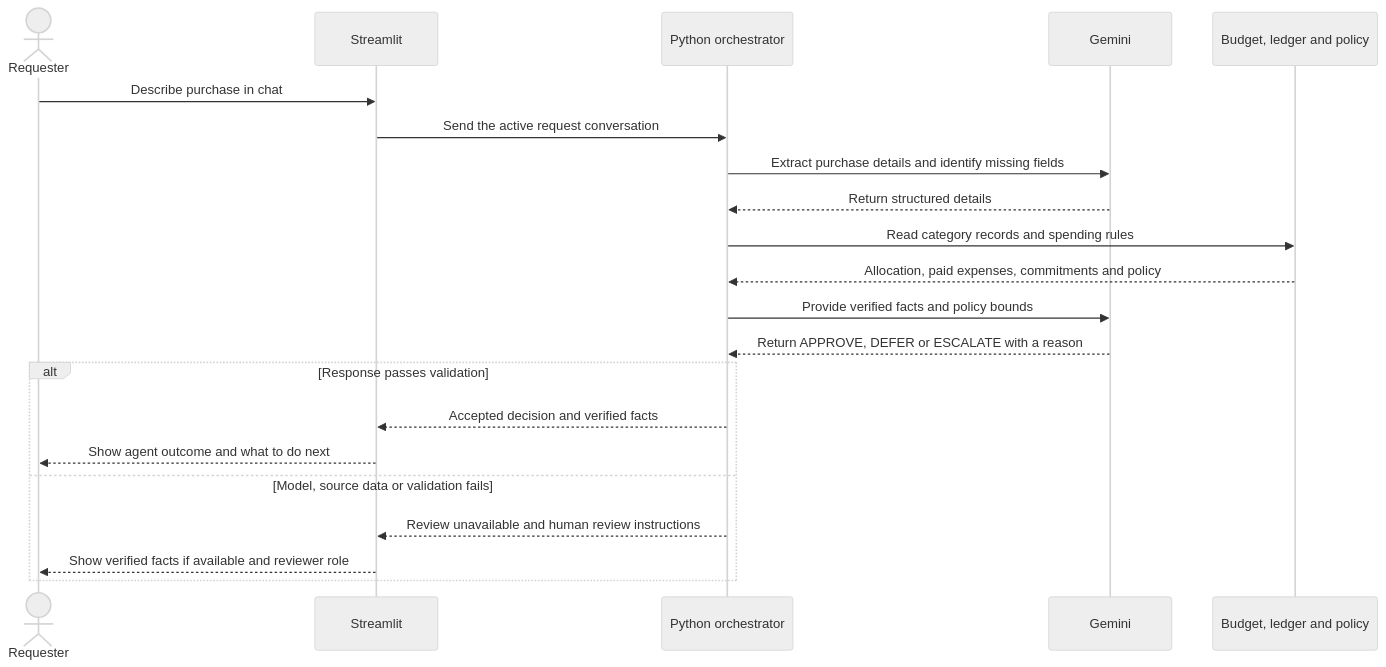
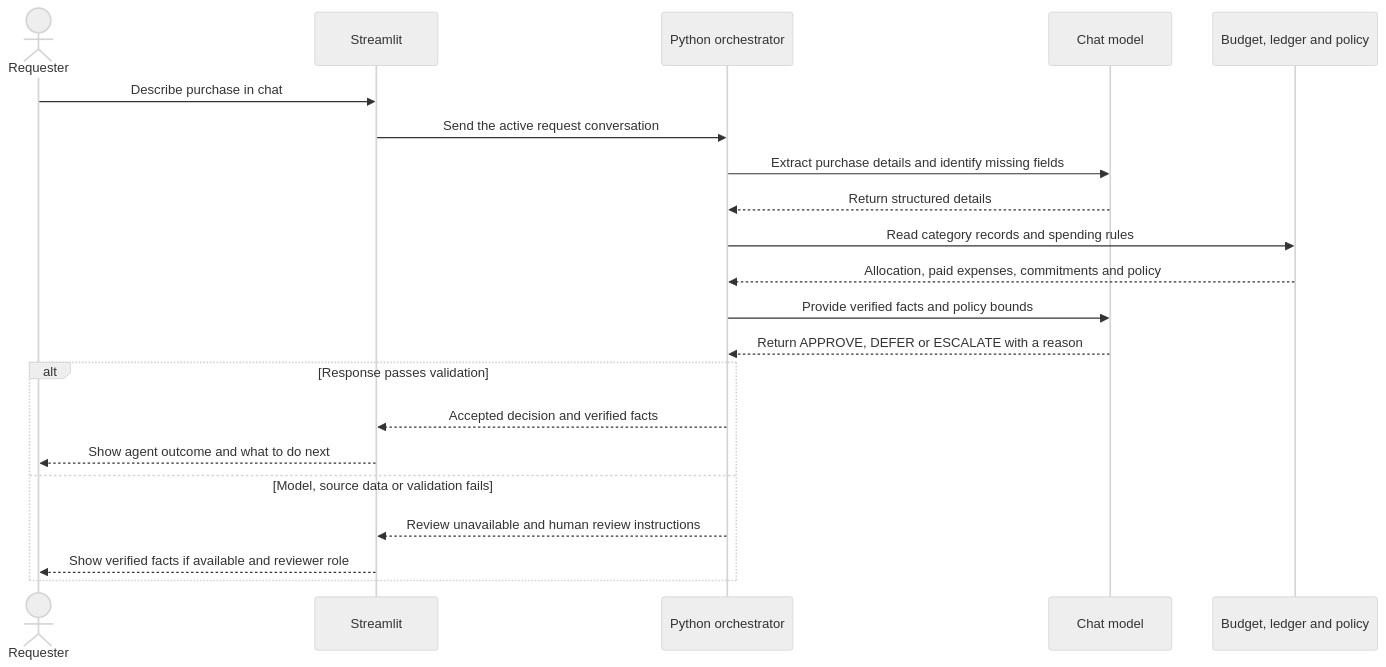
One commit to tom4247/Campus-spending-review-agent changed the fourth of 4 diagrams in README.md. Above: the diagram before and after it, drawn with Mermaid (neutral theme). The commit also changed other lines of this file and 10 other files, not shown here.

````diff
--- a/README.md
+++ b/README.md
@@ -106,23 +106,23 @@
 ```mermaid
 sequenceDiagram
     actor Member as Requester
     participant UI as Streamlit
     participant Host as Python orchestrator
-    participant AI as Gemini
+    participant AI as Chat model
     participant Data as Budget, ledger and policy
     Member->>UI: Describe purchase in chat
     UI->>Host: Send the active request conversation
     Host->>AI: Extract purchase details and identify missing fields
     AI-->>Host: Return structured details
     Host->>Data: Read category records and spending rules
     Data-->>Host: Allocation, paid expenses, commitments and policy
     Host->>AI: Provide verified facts and policy bounds
     AI-->>Host: Return APPROVE, DEFER or ESCALATE with a reason
     alt Response passes validation
         Host-->>UI: Accepted decision and verified facts
         UI-->>Member: Show agent outcome and what to do next
     else Model, source data or validation fails
         Host-->>UI: Review unavailable and human review instructions
         UI-->>Member: Show verified facts if available and reviewer role
     end
 ```
````
